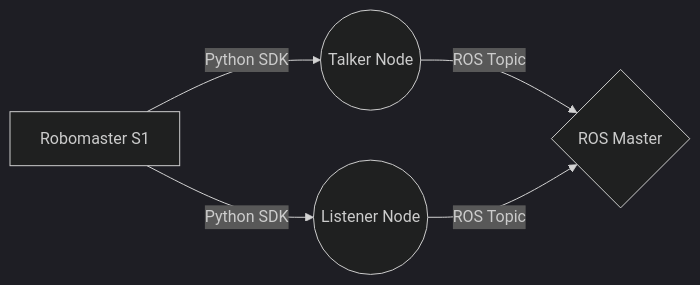
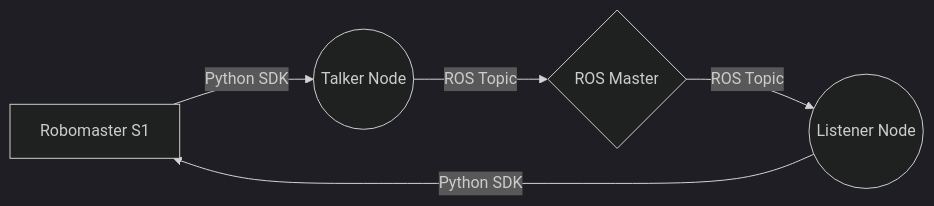
Before and after one commit to erdemuysalx/robomaster_s1_ros: the diagram in README.md, drawn with Mermaid (dark theme).

````diff
--- a/README.md
+++ b/README.md
@@ -16,6 +16,7 @@
 ```mermaid
 graph LR
 A[Robomaster S1] -- Python SDK --> B((Talker Node))
 B -- ROS Topic --> D{ROS Master}
-A -- Python SDK --> C((Listener Node)) -- ROS Topic --> D
+D -- ROS Topic --> C((Listener Node)) 
+C -- Python SDK --> A
 ```
````
